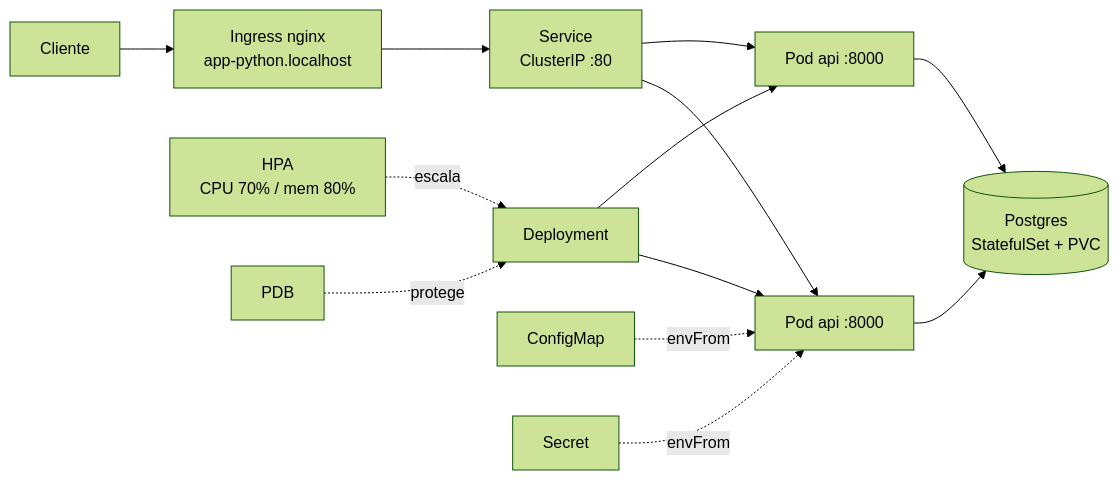
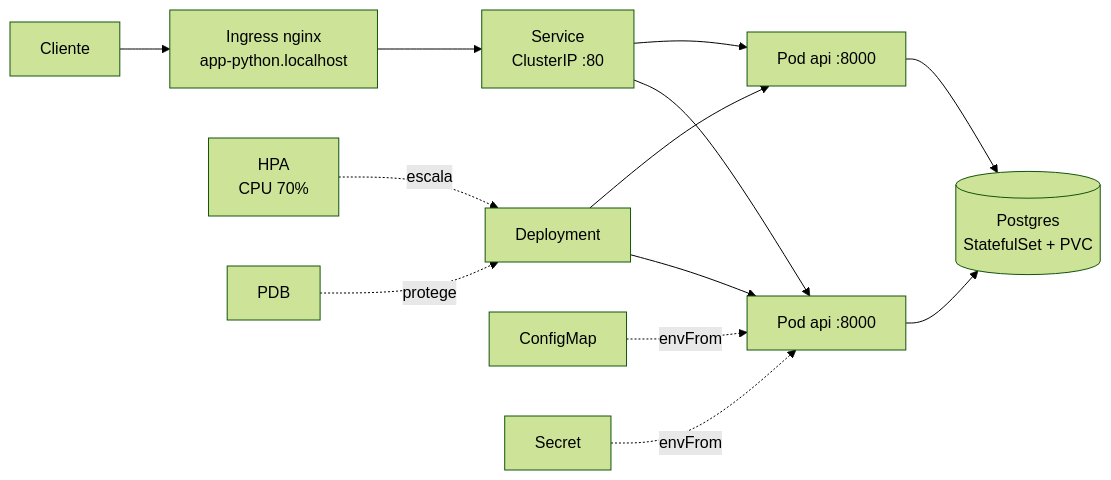
Before and after one commit to DrCoffee84/devsu-danielboullon-devops: the second of 2 diagrams in README.md, drawn with Mermaid (forest theme). The commit also changed other lines of this file and 7 other files, not shown here.

````diff
--- a/README.md
+++ b/README.md
@@ -60,15 +60,15 @@
 ```mermaid
 flowchart LR
     user[Cliente] --> ing[Ingress nginx<br/>app-python.localhost]
     ing --> svc[Service<br/>ClusterIP :80]
     svc --> p1[Pod api :8000]
     svc --> p2[Pod api :8000]
     p1 --> db[(Postgres<br/>StatefulSet + PVC)]
     p2 --> db
-    hpa[HPA<br/>CPU 70% / mem 80%] -.escala.-> deploy[Deployment]
+    hpa[HPA<br/>CPU 70%] -.escala.-> deploy[Deployment]
     deploy --> p1
     deploy --> p2
     cm[ConfigMap] -.envFrom.-> p1
     sec[Secret] -.envFrom.-> p1
     pdb[PDB] -.protege.-> deploy
 ```
````
